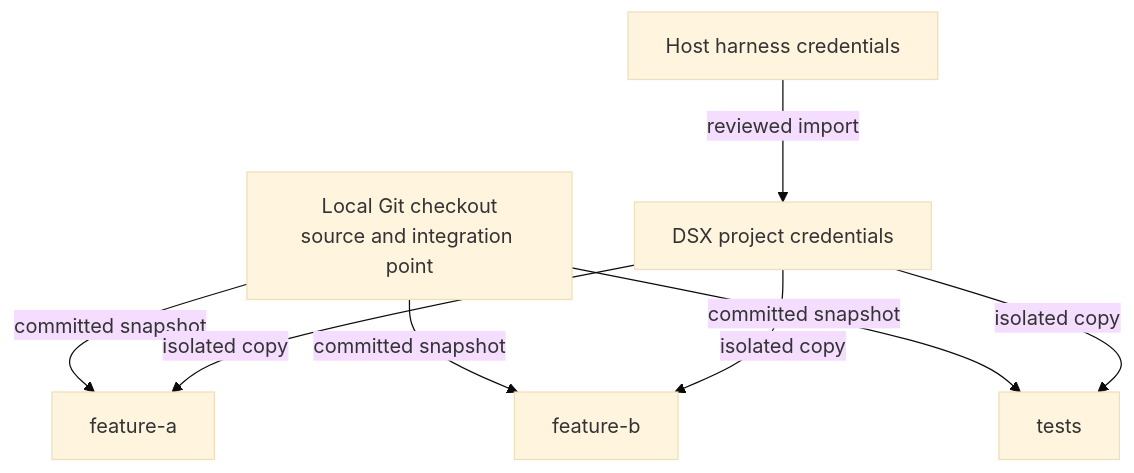
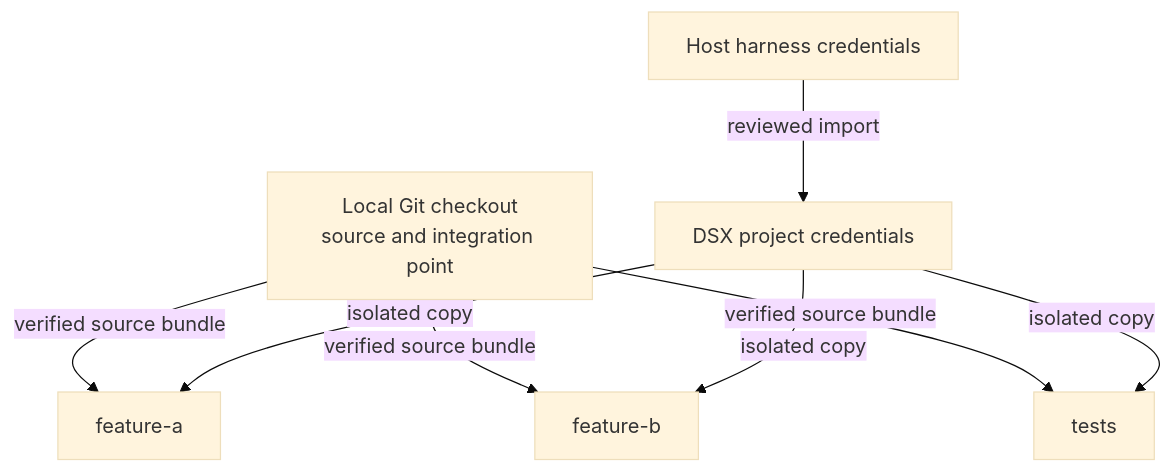
The diagram in docs/PRD.md (srimajji/dsx), drawn with Mermaid (base theme) before and after one commit. The commit also changed other lines of this file and 54 other files, not shown here.

````diff
--- a/docs/PRD.md
+++ b/docs/PRD.md
@@ -18,12 +18,12 @@
 ```mermaid
 flowchart TB
     L[Local Git checkout<br/>source and integration point]
-    L -->|committed snapshot| W1[feature-a]
-    L -->|committed snapshot| W2[feature-b]
-    L -->|committed snapshot| W3[tests]
+    L -->|verified source bundle| W1[feature-a]
+    L -->|verified source bundle| W2[feature-b]
+    L -->|verified source bundle| W3[tests]
 
     H[Host harness credentials] -->|reviewed import| P[DSX project credentials]
     P -->|isolated copy| W1
     P -->|isolated copy| W2
     P -->|isolated copy| W3
 ```
````
